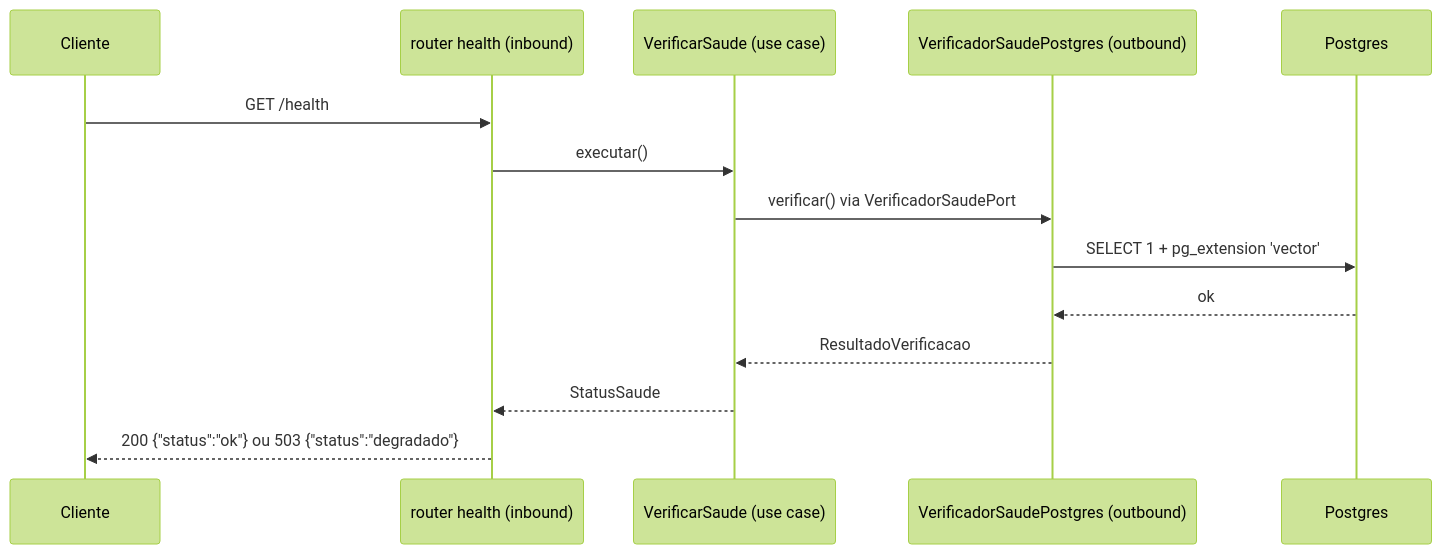
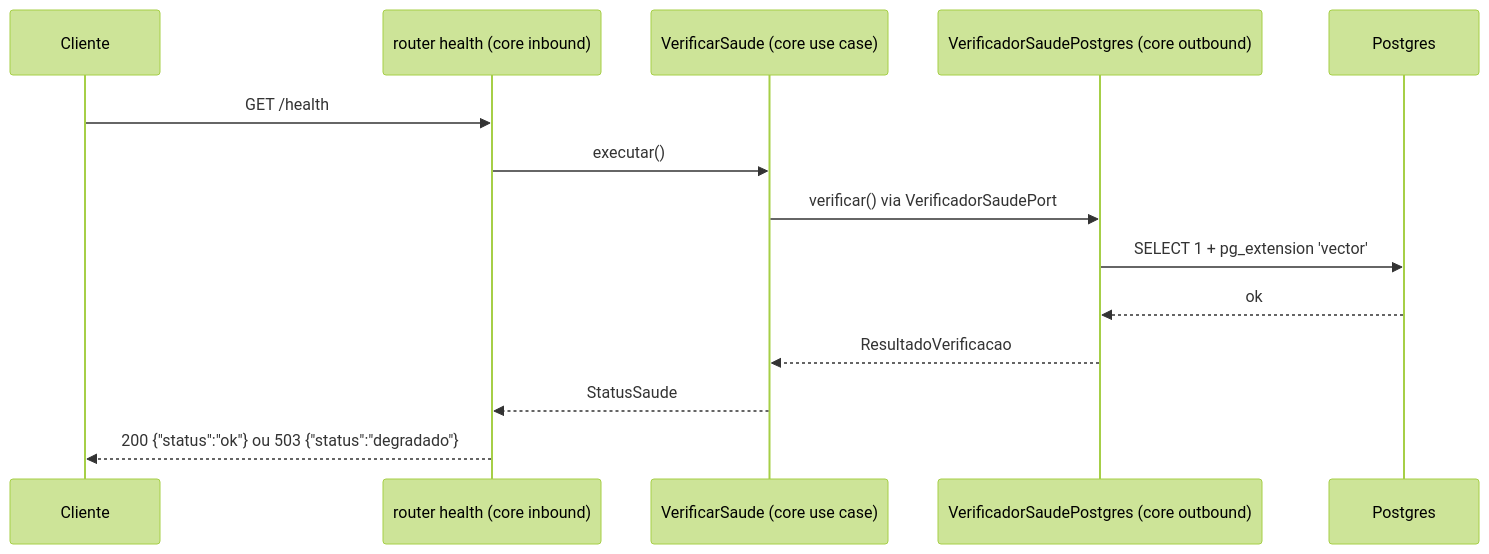
One commit to amaranini/tech-challenge-fase-5 changed the sixth of 8 diagrams in docs/arquitetura.md. Above: the diagram before and after it, drawn with Mermaid (forest theme). The commit also changed other lines of this file and 113 other files, not shown here.

````diff
--- a/docs/arquitetura.md
+++ b/docs/arquitetura.md
@@ -114,17 +192,17 @@
 ```mermaid
 sequenceDiagram
     participant C as Cliente
-    participant R as router health (inbound)
-    participant U as VerificarSaude (use case)
-    participant P as VerificadorSaudePostgres (outbound)
+    participant R as router health (core inbound)
+    participant U as VerificarSaude (core use case)
+    participant P as VerificadorSaudePostgres (core outbound)
     participant DB as Postgres
 
     C->>R: GET /health
     R->>U: executar()
     U->>P: verificar() via VerificadorSaudePort
     P->>DB: SELECT 1 + pg_extension 'vector'
     DB-->>P: ok
     P-->>U: ResultadoVerificacao
     U-->>R: StatusSaude
     R-->>C: 200 {"status":"ok"} ou 503 {"status":"degradado"}
 ```
````
